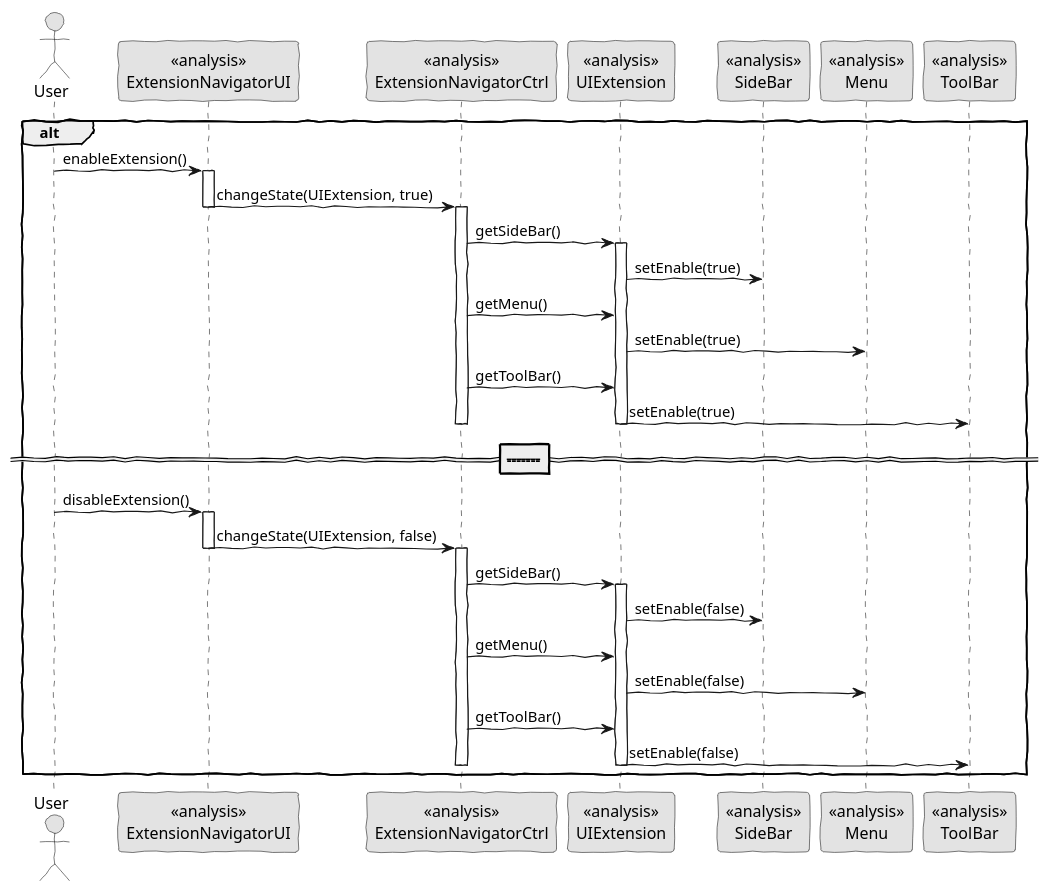
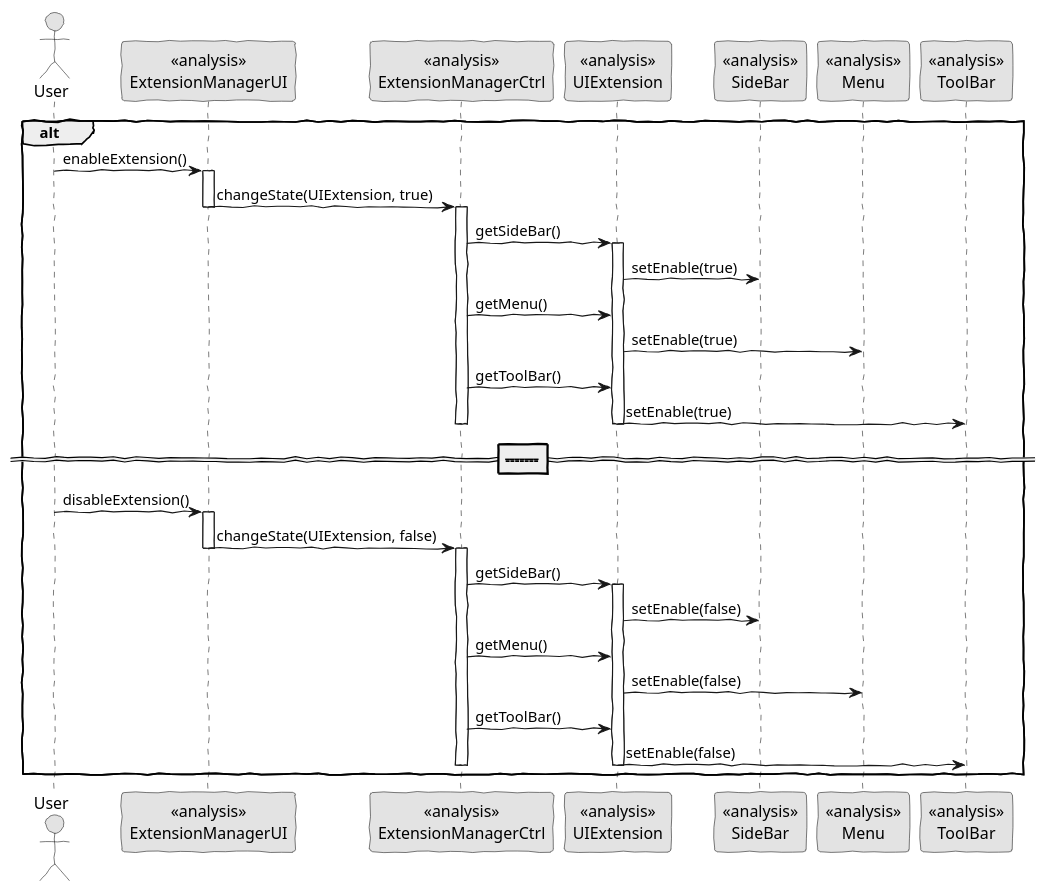
The diagram in src/main/java/lapr4/red/s1/core/n1131106/extensionsmanager/core01_01_uc_realization1.puml (PeFerreira98/ISEP.Lic.LAPR4_2017), drawn with PlantUML before and after one commit. The commit also changed 12 other files, not shown here.

```diff
--- a/src/main/java/lapr4/red/s1/core/n1131106/extensionsmanager/core01_01_uc_realization1.puml
+++ b/src/main/java/lapr4/red/s1/core/n1131106/extensionsmanager/core01_01_uc_realization1.puml
@@ -1,52 +1,52 @@
 @startuml core01_01_uc_realization1.png
 skinparam handwritten true
 skinparam monochrome true
 skinparam packageStyle rect
 skinparam defaultFontName FG Virgil
 skinparam shadowing false
 
 actor User
-participant "<<analysis>>\nExtensionNavigatorUI" as UI
-participant "<<analysis>>\nExtensionNavigatorCtrl" as ctrl
+participant "<<analysis>>\nExtensionManagerUI" as UI
+participant "<<analysis>>\nExtensionManagerCtrl" as ctrl
 participant "<<analysis>>\nUIExtension" as UIExt
 participant "<<analysis>>\nSideBar" as sBar
 participant "<<analysis>>\nMenu" as menu
 participant "<<analysis>>\nToolBar" as tBar
 
 alt
 User -> UI : enableExtension()
 activate UI
 UI -> ctrl : changeState(UIExtension, true)
 deactivate UI
 activate ctrl
 ctrl -> UIExt : getSideBar()
 activate UIExt
 UIExt -> sBar : setEnable(true)
 ctrl -> UIExt : getMenu()
 UIExt -> menu : setEnable(true)
 ctrl -> UIExt : getToolBar()
 UIExt -> tBar : setEnable(true)
 deactivate ctrl
 deactivate UIExt
 
 
 ==-----------------------------------==
 
 
 User -> UI : disableExtension()
 activate UI
 UI -> ctrl : changeState(UIExtension, false)
 deactivate UI
 activate ctrl
 ctrl -> UIExt : getSideBar()
 activate UIExt
 UIExt -> sBar : setEnable(false)
 ctrl -> UIExt : getMenu()
 UIExt -> menu : setEnable(false)
 ctrl -> UIExt : getToolBar()
 UIExt -> tBar : setEnable(false)
 deactivate ctrl
 deactivate UIExt
 
 end
 @enduml
```
